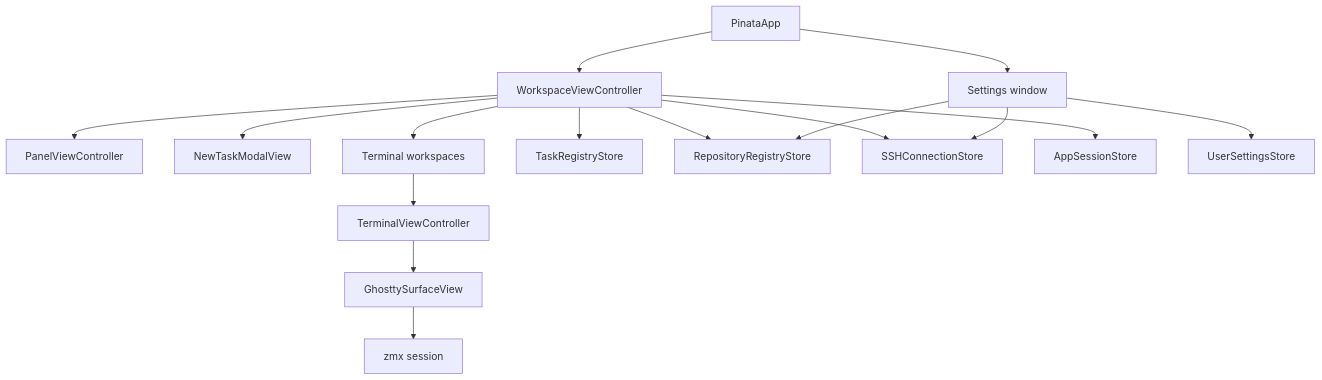
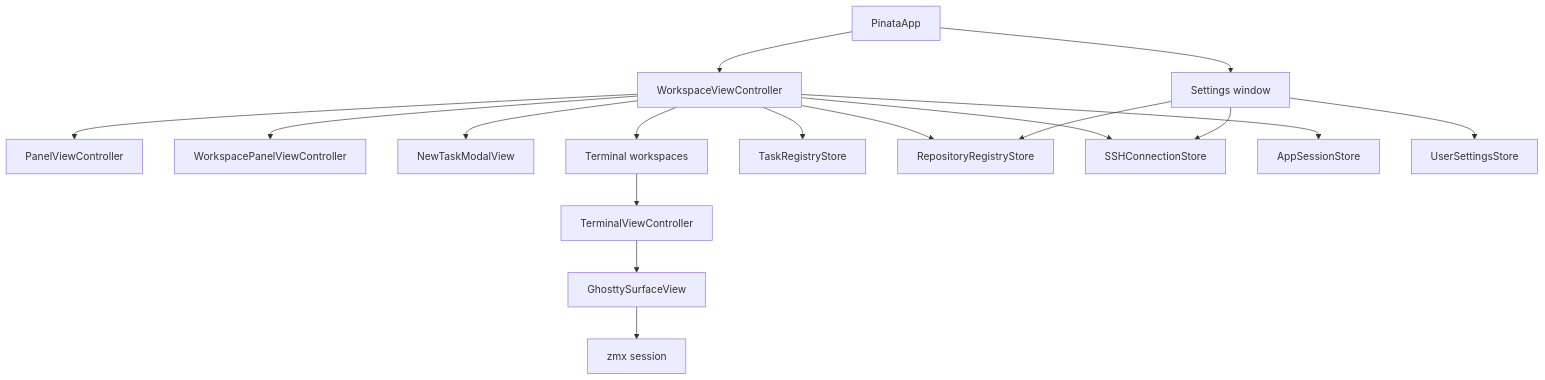
One commit to gh0stonio/pinata changed the first of 5 diagrams in docs/application-architecture.md. Above: the diagram before and after it, drawn with Mermaid. The commit also changed other lines of this file and 22 other files, not shown here.

````diff
--- a/docs/application-architecture.md
+++ b/docs/application-architecture.md
@@ -7,18 +7,19 @@
 ```mermaid
 flowchart TB
     App[PinataApp] --> Workspace[WorkspaceViewController]
     App --> Settings[Settings window]
-    Workspace --> Panel[PanelViewController]
+    Workspace --> LeftPanel[PanelViewController]
+    Workspace --> RightPanel[WorkspacePanelViewController]
     Workspace --> TaskModal[NewTaskModalView]
     Workspace --> Terminals[Terminal workspaces]
     Workspace --> TaskStore[TaskRegistryStore]
     Workspace --> RepositoryStore[RepositoryRegistryStore]
     Workspace --> ConnectionStore[SSHConnectionStore]
     Workspace --> SessionStore[AppSessionStore]
     Terminals --> TerminalVC[TerminalViewController]
     TerminalVC --> Ghostty[GhosttySurfaceView]
     Ghostty --> Zmx[zmx session]
     Settings --> Theme[UserSettingsStore]
     Settings --> RepositoryStore
     Settings --> ConnectionStore
 ```
````
